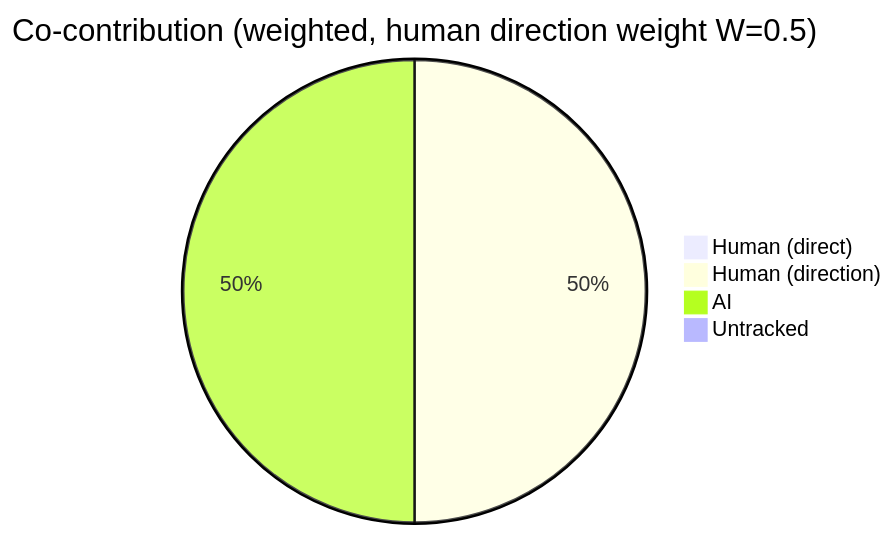
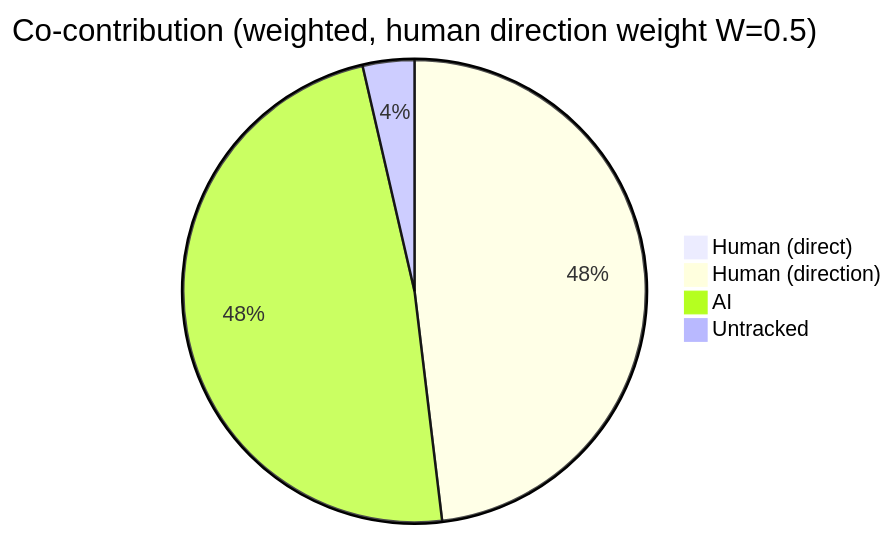
One commit to CaliMark/ai-authorship changed the first of 7 diagrams in AI-AUTHORSHIP.md. Above: the diagram before and after it, drawn with Mermaid. The commit also changed other lines of this file and 1 other file, not shown here.

````diff
--- a/AI-AUTHORSHIP.md
+++ b/AI-AUTHORSHIP.md
@@ -23,7 +23,7 @@
 ```mermaid
 pie title Co-contribution (weighted, human direction weight W=0.5)
     "Human (direct)" : 0
-    "Human (direction)" : 318
-    "AI" : 318
-    "Untracked" : 0
+    "Human (direction)" : 240
+    "AI" : 241
+    "Untracked" : 18
 ```
````
